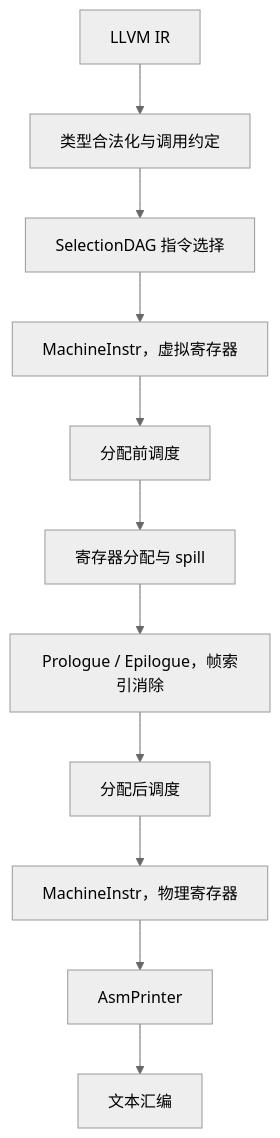
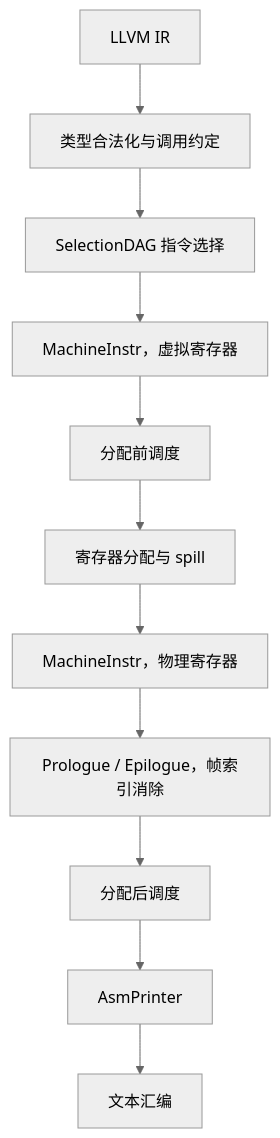
Before and after one commit to xdlhzdh/XAIBackend: the first of 2 diagrams in docs/实现与CodeGen对照.md, drawn with Mermaid (neutral theme). The commit also changed other lines of this file, not shown here.

Commit message:
更新 XAI CodeGen 文档，修正 MachineInstr 的描述，明确寄存器分配与指令选择的关系。调整流水线步骤的说明，增强文档的准确性和可读性。

````diff
--- a/docs/实现与CodeGen对照.md
+++ b/docs/实现与CodeGen对照.md
@@ -13,16 +13,16 @@
 ```mermaid
 flowchart TD
   ir["LLVM IR"]
   legal["类型合法化与调用约定"]
   isel["SelectionDAG 指令选择"]
   miv["MachineInstr，虚拟寄存器"]
   presched["分配前调度"]
   ra["寄存器分配与 spill"]
+  mi["MachineInstr，物理寄存器"]
   pei["Prologue / Epilogue，帧索引消除"]
   postsched["分配后调度"]
-  mi["MachineInstr，物理寄存器"]
   asm["AsmPrinter"]
   text["文本汇编"]
 
-  ir --> legal --> isel --> miv --> presched --> ra --> pei --> postsched --> mi --> asm --> text
+  ir --> legal --> isel --> miv --> presched --> ra --> mi --> pei --> postsched --> asm --> text
 ```
````
